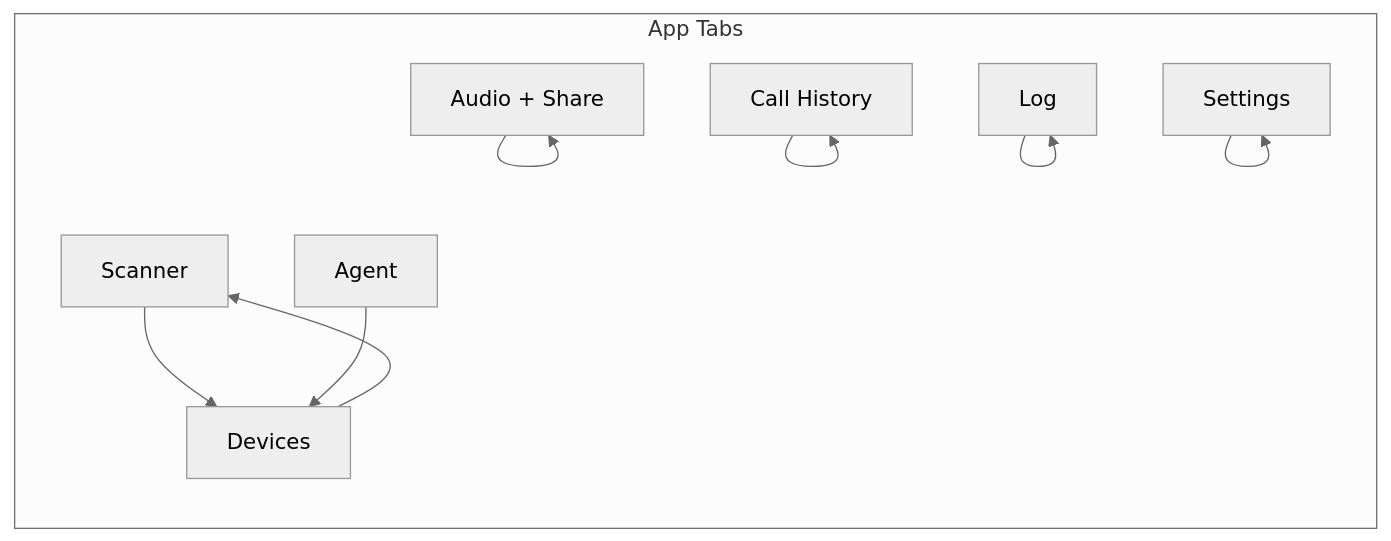
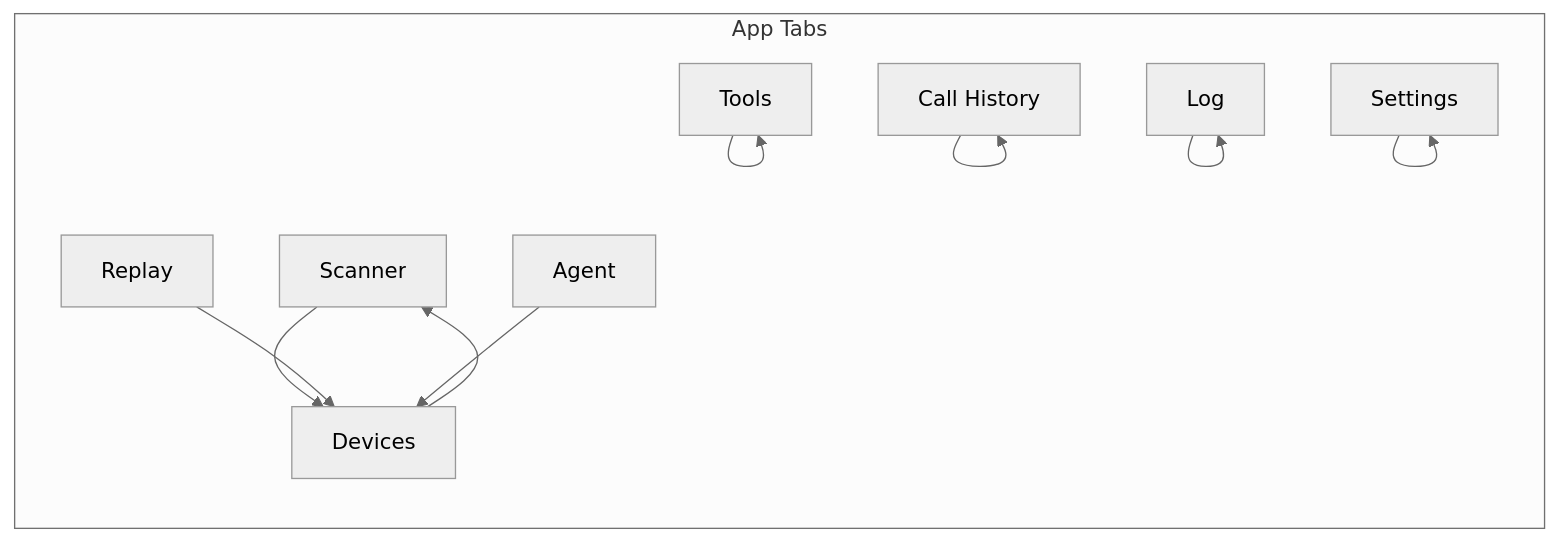
The third of 3 diagrams in README.md (thumpersecure/bluettool), drawn with Mermaid (neutral theme) before and after one commit. The commit also changed other lines of this file and 2 other files, not shown here.

````diff
--- a/README.md
+++ b/README.md
@@ -340,20 +373,22 @@
 ```mermaid
 flowchart LR
     subgraph Tabs["App Tabs"]
         S[Scanner]
         D[Devices]
-        A[Audio + Share]
+        T[Tools]
+        R[Replay]
         C[Call History]
         Ag[Agent]
         L[Log]
         St[Settings]
     end
     
     S --> D
     D --> S
-    A --> A
+    T --> T
+    R --> D
     C --> C
     Ag --> D
     L --> L
     St --> St
 ```
````
